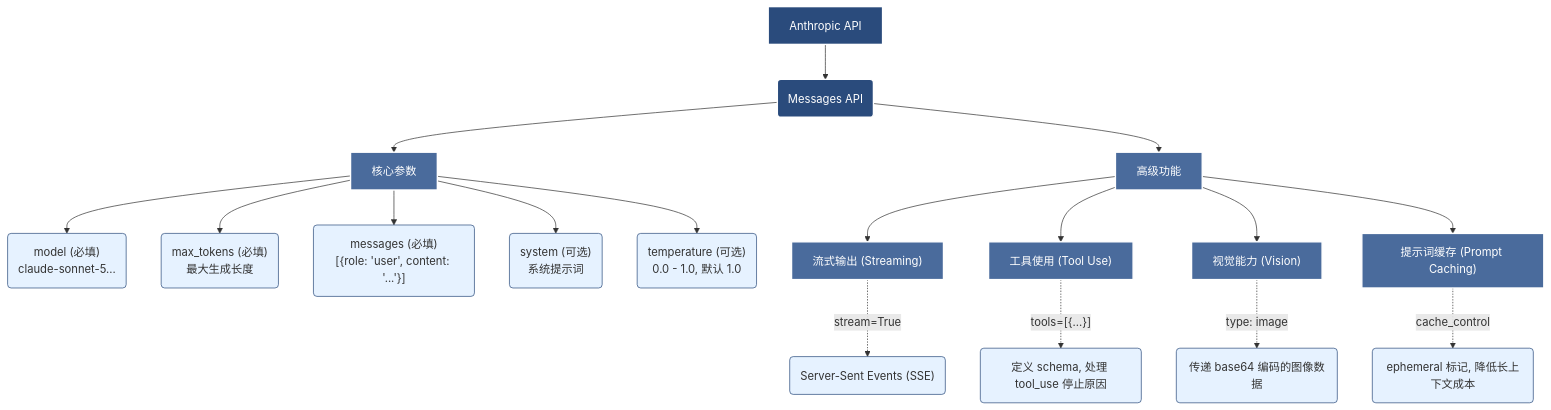
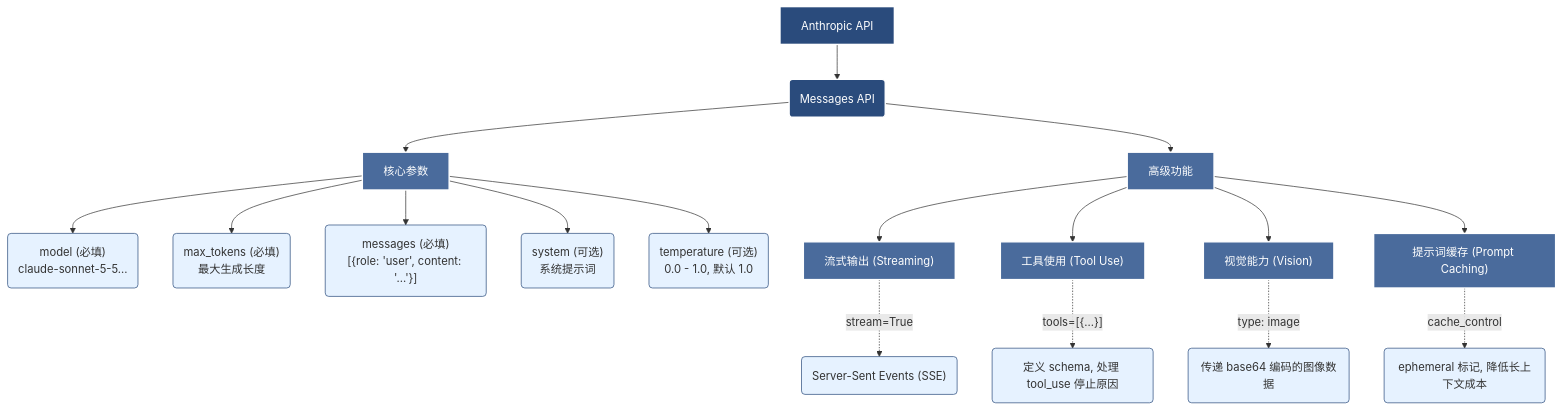
One commit to yeasy/claude_guide changed the diagram in 12_appendix/12.1_api_ref.md. Above: the diagram before and after it, drawn with Mermaid. The commit also changed other lines of this file and 18 other files, not shown here.

Commit message:
refactor(code): 教程代码迁到 claude-sonnet-5-5 / claude-opus-5-5——3.7 强制 tool_choice 改为 auto+strict 并检查 tool_use，36 处 content[0].text 改为按块类型取文本，13.1 迁移清单按 5.5 重写

````diff
--- a/12_appendix/12.1_api_ref.md
+++ b/12_appendix/12.1_api_ref.md
@@ -8,27 +8,27 @@
 ```mermaid
 graph TD
     classDef core fill:#2a4b7c,stroke:#fff,stroke-width:2px,color:#fff;
     classDef feature fill:#4a6b9c,stroke:#fff,stroke-width:2px,color:#fff;
     classDef param fill:#e6f2ff,stroke:#2a4b7c,stroke-width:1px,color:#333;
 
     A[Anthropic API]:::core --> B(Messages API):::core
 
     B --> C1[核心参数]:::feature
     B --> C2[高级功能]:::feature
 
-    C1 --> P1("model (必填)<br>claude-sonnet-5..."):::param
+    C1 --> P1("model (必填)<br>claude-sonnet-5-5..."):::param
     C1 --> P2("max_tokens (必填)<br>最大生成长度"):::param
     C1 --> P3("messages (必填)<br>[{role: 'user', content: '...'}]"):::param
     C1 --> P4("system (可选)<br>系统提示词"):::param
     C1 --> P5("temperature (可选)<br>0.0 - 1.0, 默认 1.0"):::param
 
     C2 --> F1["流式输出 (Streaming)"]:::feature
     C2 --> F2["工具使用 (Tool Use)"]:::feature
     C2 --> F3["视觉能力 (Vision)"]:::feature
     C2 --> F4["提示词缓存 (Prompt Caching)"]:::feature
 
     F1 -.-> |"stream=True"| S1("Server-Sent Events (SSE)"):::param
     F2 -.-> |"tools=[{...}]"| S2("定义 schema, 处理 tool_use 停止原因"):::param
     F3 -.-> |"type: image"| S3("传递 base64 编码的图像数据"):::param
     F4 -.-> |"cache_control"| S4("ephemeral 标记, 降低长上下文成本"):::param
 ```
````
